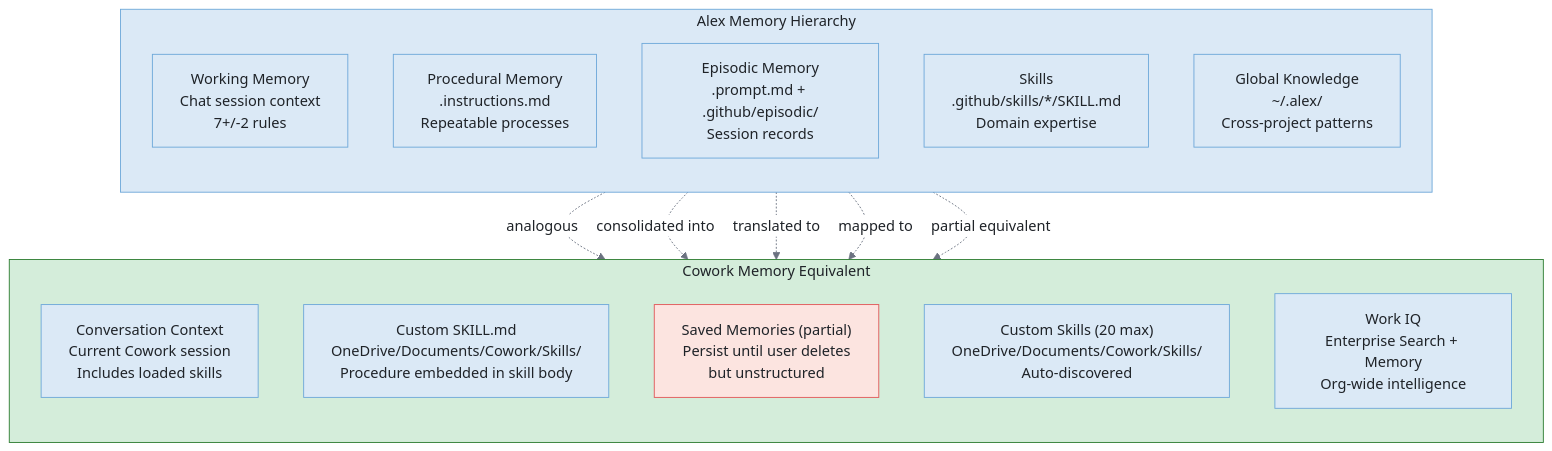
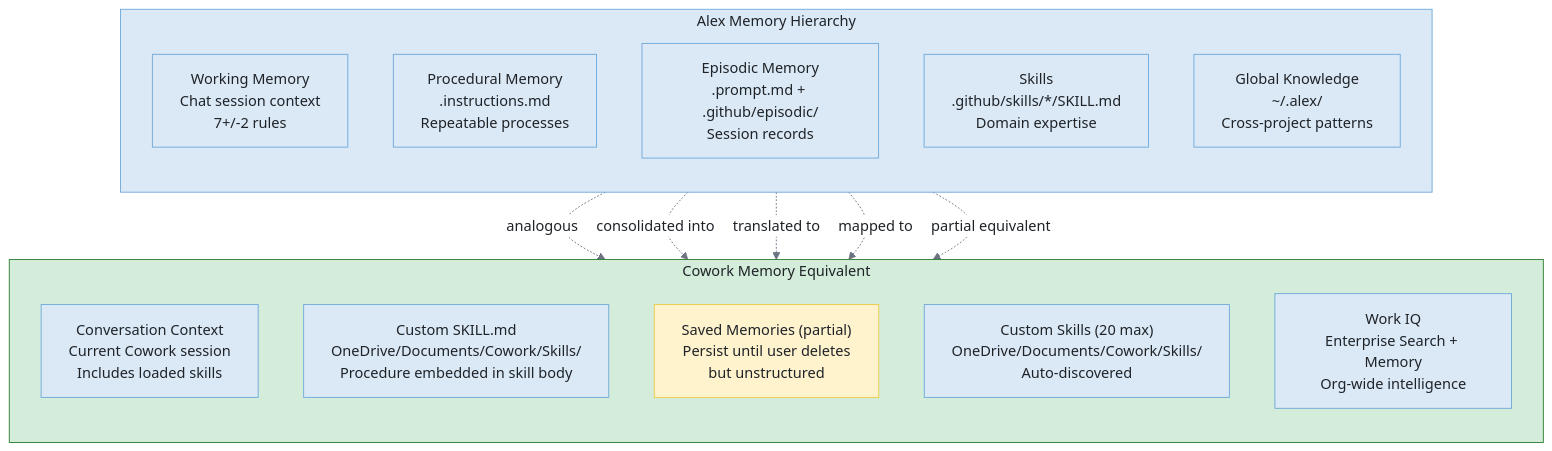
Before and after one commit to fabioc-aloha/Alex_Plug_In: the fourth of 8 diagrams in alex_docs/cowork/ARCHITECTURE.md, drawn with Mermaid. The commit also changed other lines of this file and 2 other files, not shown here.

First line of the commit message:
docs: audit and fix 7 diagram issues in Cowork research

````diff
--- a/alex_docs/cowork/ARCHITECTURE.md
+++ b/alex_docs/cowork/ARCHITECTURE.md
@@ -243,31 +243,31 @@
 ```mermaid
 %%{init: {'theme': 'base', 'themeVariables': {'background': '#f8f9fa', 'primaryColor': '#dbe9f6', 'primaryTextColor': '#1f2328', 'primaryBorderColor': '#6ea8d9', 'lineColor': '#6b7280', 'secondaryColor': '#d4f5f7', 'secondaryBorderColor': '#5ab5a0', 'edgeLabelBackground': '#ffffff', 'fontFamily': 'Segoe UI, system-ui, sans-serif'}}}%%
 flowchart TB
     subgraph ALEX_MEM["Alex Memory Hierarchy"]
         direction TB
         A_WM["Working Memory<br/>Chat session context<br/>7+/-2 rules"]
         A_PROC["Procedural Memory<br/>.instructions.md<br/>Repeatable processes"]
         A_EPIS["Episodic Memory<br/>.prompt.md + .github/episodic/<br/>Session records"]
         A_SKILL["Skills<br/>.github/skills/*/SKILL.md<br/>Domain expertise"]
         A_GK["Global Knowledge<br/>~/.alex/<br/>Cross-project patterns"]
     end
 
     subgraph COWORK_MEM["Cowork Memory Equivalent"]
         direction TB
         C_WM["Conversation Context<br/>Current Cowork session<br/>Includes loaded skills"]
         C_PROC["Custom SKILL.md<br/>OneDrive/Documents/Cowork/Skills/<br/>Procedure embedded in skill body"]
         C_EPIS["Saved Memories (partial)<br/>Persist until user deletes<br/>but unstructured"]
         C_SKILL["Custom Skills (20 max)<br/>OneDrive/Documents/Cowork/Skills/<br/>Auto-discovered"]
         C_GK["Work IQ<br/>Enterprise Search + Memory<br/>Org-wide intelligence"]
     end
 
     A_WM -.->|"analogous"| C_WM
     A_PROC -.->|"consolidated into"| C_PROC
     A_SKILL -.->|"translated to"| C_SKILL
     A_GK -.->|"mapped to"| C_GK
     A_EPIS -.->|"partial equivalent"| C_EPIS
 
     style ALEX_MEM fill:#dbe9f6,stroke:#6ea8d9,color:#1f2328
     style COWORK_MEM fill:#d4edda,stroke:#2e7d32,color:#1f2328
-    style C_EPIS fill:#fce4e0,stroke:#e15759,color:#1f2328
+    style C_EPIS fill:#fef3cd,stroke:#edc948,color:#1f2328
 ```
````
